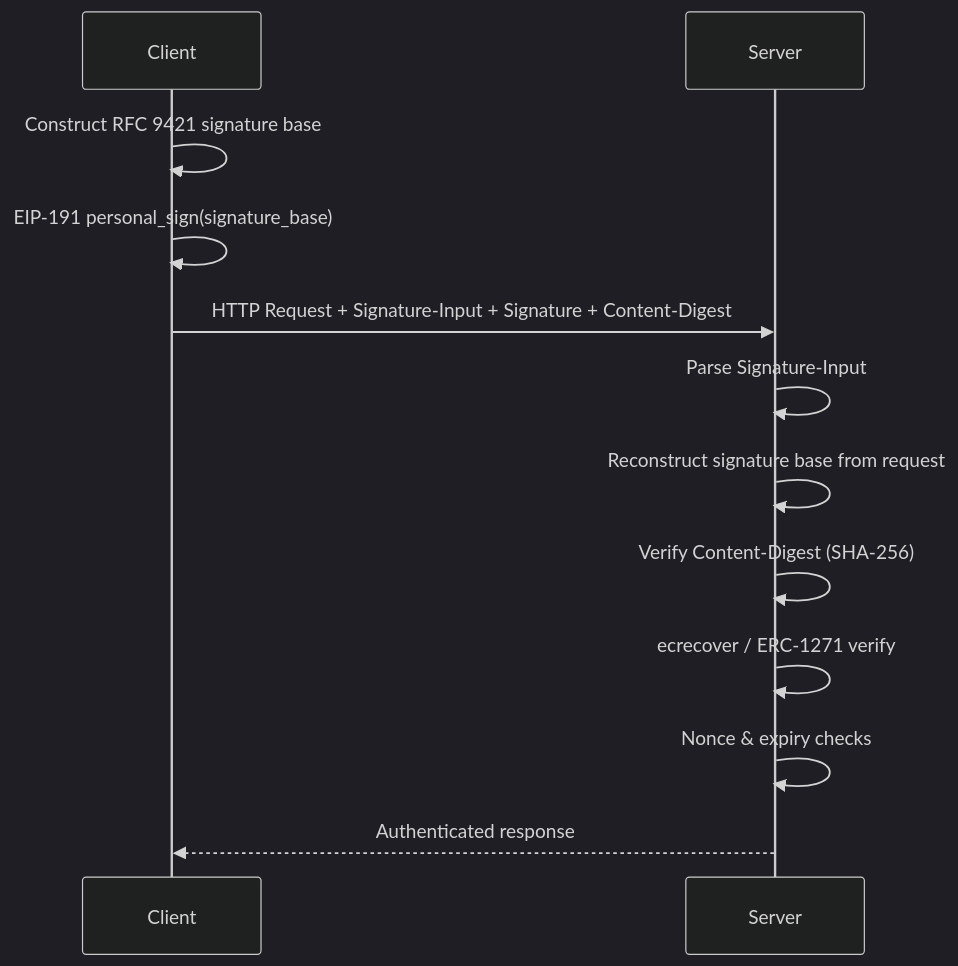
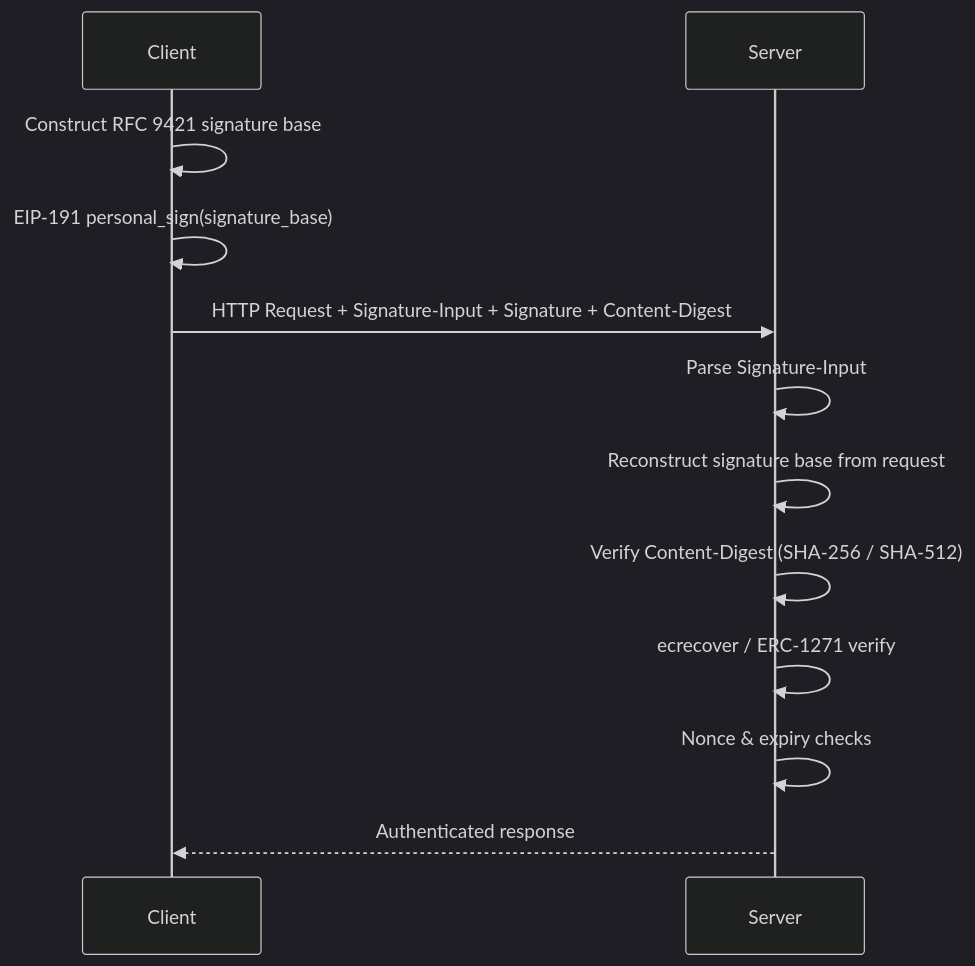
The diagram in README.md (qntx-labs/erc8128), drawn with Mermaid (dark theme) before and after one commit. The commit also changed other lines of this file and 5 other files, not shown here.

````diff
--- a/README.md
+++ b/README.md
@@ -119,17 +147,17 @@
 ```mermaid
 sequenceDiagram
     participant C as Client
     participant S as Server
 
     C->>C: Construct RFC 9421 signature base
     C->>C: EIP-191 personal_sign(signature_base)
     C->>S: HTTP Request + Signature-Input + Signature + Content-Digest
 
     S->>S: Parse Signature-Input
     S->>S: Reconstruct signature base from request
-    S->>S: Verify Content-Digest (SHA-256)
+    S->>S: Verify Content-Digest (SHA-256 / SHA-512)
     S->>S: ecrecover / ERC-1271 verify
     S->>S: Nonce & expiry checks
 
     S-->>C: Authenticated response
 ```
````
